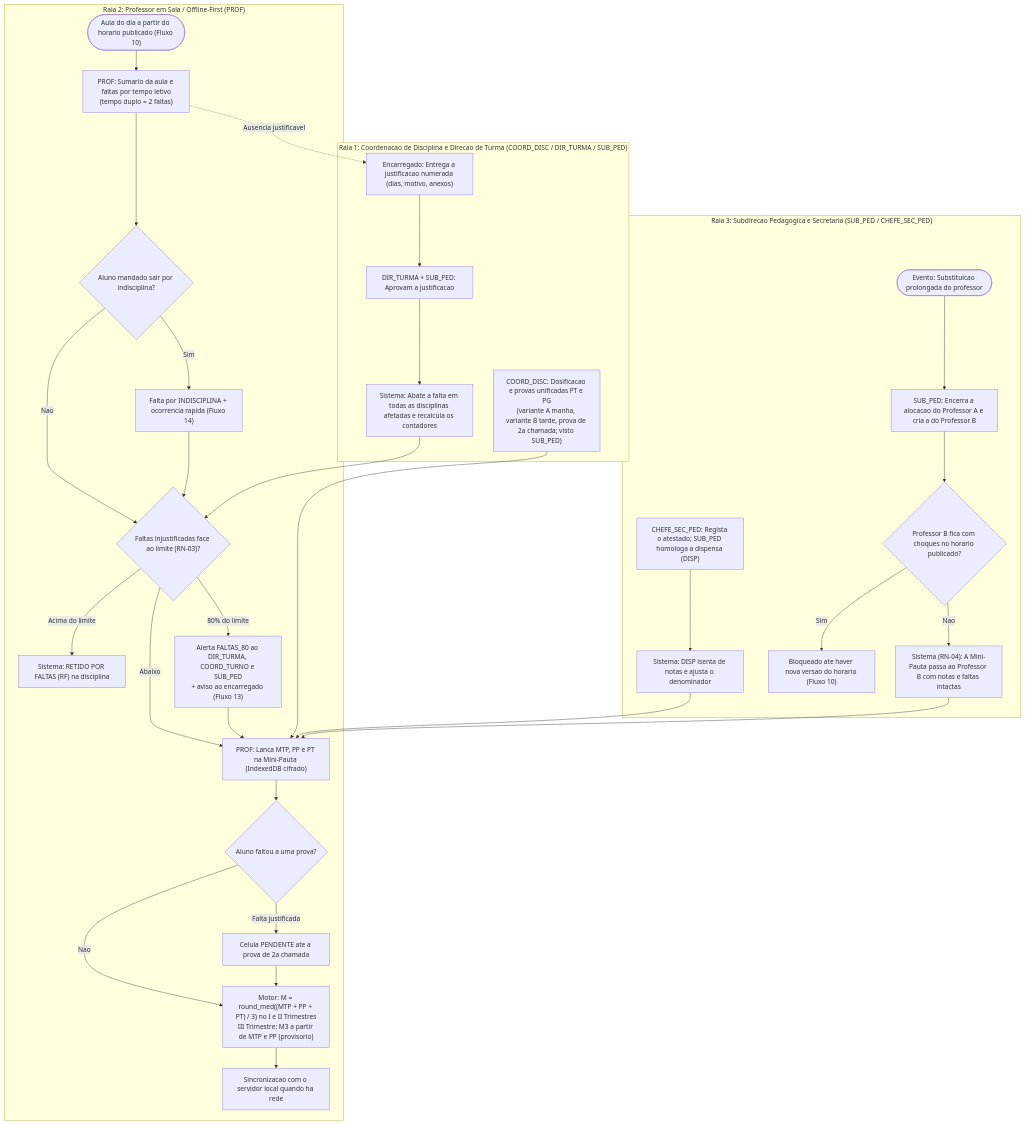
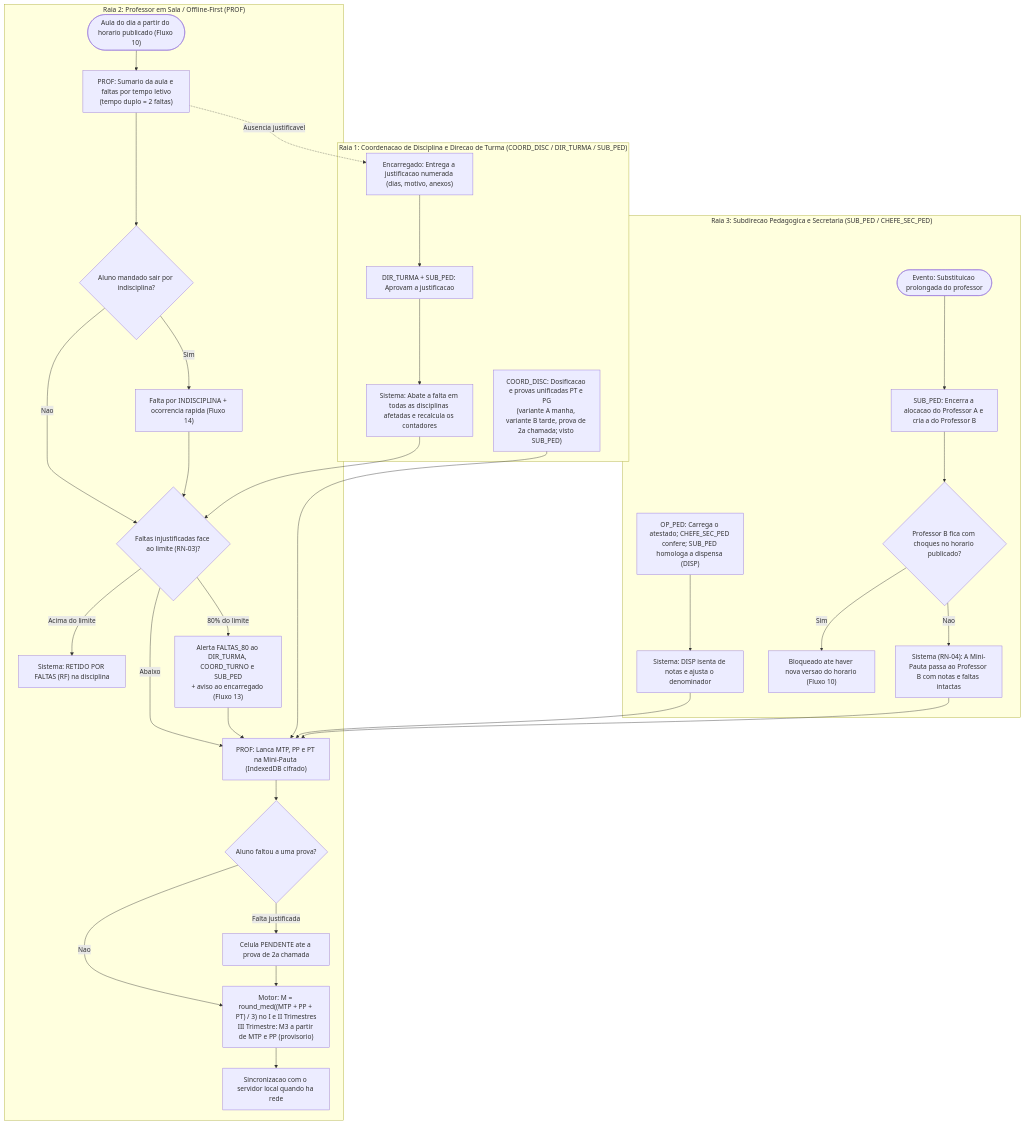
The third of 18 diagrams in 01 - Projetos/SGE - IPCAG 12008 BGO/10 - Especificacao/02 - Fluxos de Trabalho.md (Angeloaqp/sge-ipcag-12008), drawn with Mermaid before and after one commit. The commit also changed other lines of this file and 6 other files, not shown here.

````diff
--- a/01 - Projetos/SGE - IPCAG 12008 BGO/10 - Especificacao/02 - Fluxos de Trabalho.md
+++ b/01 - Projetos/SGE - IPCAG 12008 BGO/10 - Especificacao/02 - Fluxos de Trabalho.md
@@ -331,44 +331,44 @@
 ```mermaid
 flowchart TD
     subgraph RaiaCoordDisc ["Raia 1: Coordenacao de Disciplina e Direcao de Turma (COORD_DISC / DIR_TURMA / SUB_PED)"]
         C1["COORD_DISC: Dosificacao e provas unificadas PT e PG<br>(variante A manha, variante B tarde, prova de 2a chamada; visto SUB_PED)"]
         DT1["Encarregado: Entrega a justificacao numerada (dias, motivo, anexos)"]
         DT2["DIR_TURMA + SUB_PED: Aprovam a justificacao"]
         DT3["Sistema: Abate a falta em todas as disciplinas afetadas e recalcula os contadores"]
     end
 
     subgraph RaiaProfessor ["Raia 2: Professor em Sala / Offline-First (PROF)"]
         PR1(["Aula do dia a partir do horario publicado (Fluxo 10)"]) --> PR2["PROF: Sumario da aula e faltas por tempo letivo<br>(tempo duplo = 2 faltas)"]
         PR2 --> PRI{"Aluno mandado sair por indisciplina?"}
         PRI -->|"Sim"| PRJ["Falta por INDISCIPLINA + ocorrencia rapida (Fluxo 14)"]
         PRI -->|"Nao"| PR3{"Faltas injustificadas face ao limite (RN-03)?"}
         PRJ --> PR3
         PR3 -->|"Acima do limite"| PR4["Sistema: RETIDO POR FALTAS (RF) na disciplina"]
         PR3 -->|"80% do limite"| PR4A["Alerta FALTAS_80 ao DIR_TURMA, COORD_TURNO e SUB_PED<br>+ aviso ao encarregado (Fluxo 13)"]
         PR3 -->|"Abaixo"| PR5["PROF: Lanca MTP, PP e PT na Mini-Pauta (IndexedDB cifrado)"]
         PR4A --> PR5
         PR5 --> PRF{"Aluno faltou a uma prova?"}
         PRF -->|"Falta justificada"| PR2C["Celula PENDENTE ate a prova de 2a chamada"]
         PRF -->|"Nao"| PR6["Motor: M = round_med((MTP + PP + PT) / 3) no I e II Trimestres<br>III Trimestre: M3 a partir de MTP e PP (provisorio)"]
         PR2C --> PR6
         PR6 --> PR7["Sincronizacao com o servidor local quando ha rede"]
     end
 
     subgraph RaiaSubPed ["Raia 3: Subdirecao Pedagogica e Secretaria (SUB_PED / CHEFE_SEC_PED)"]
-        SP1["CHEFE_SEC_PED: Regista o atestado; SUB_PED homologa a dispensa (DISP)"]
+        SP1["OP_PED: Carrega o atestado; CHEFE_SEC_PED confere; SUB_PED homologa a dispensa (DISP)"]
         SP2["Sistema: DISP isenta de notas e ajusta o denominador"]
         SUB1(["Evento: Substituicao prolongada do professor"]) --> SUB2["SUB_PED: Encerra a alocacao do Professor A e cria a do Professor B"]
         SUB2 --> SUBV{"Professor B fica com choques no horario publicado?"}
         SUBV -->|"Sim"| SUBX["Bloqueado ate haver nova versao do horario (Fluxo 10)"]
         SUBV -->|"Nao"| SUB3["Sistema (RN-04): A Mini-Pauta passa ao Professor B com notas e faltas intactas"]
     end
 
     C1 --> PR5
     PR2 -.->|"Ausencia justificavel"| DT1
     DT1 --> DT2
     DT2 --> DT3
     DT3 --> PR3
     SP1 --> SP2
     SP2 --> PR5
     SUB3 --> PR5
 ```
````
